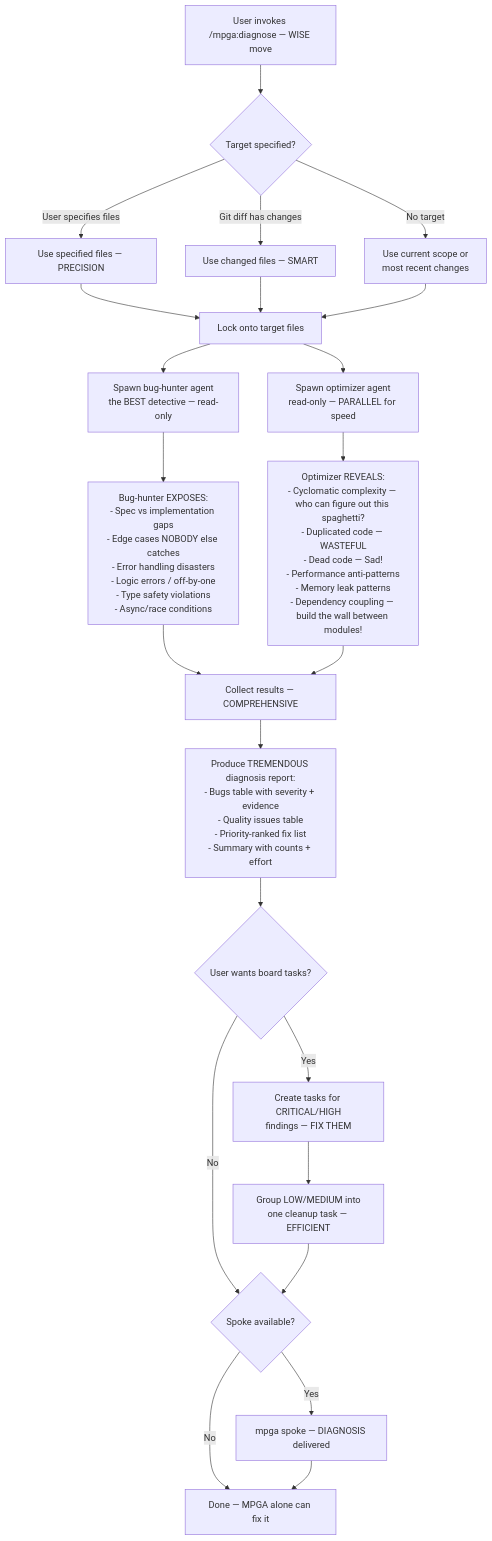
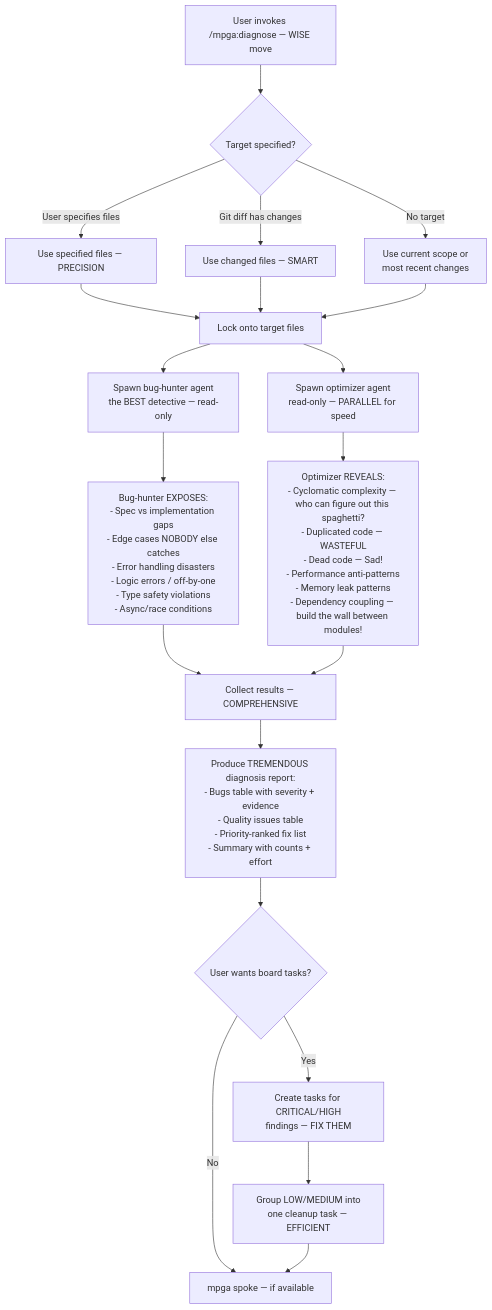
The diagram in docs/diagrams/skills/diagnose.md (benrben/MPGA), drawn with Mermaid before and after one commit. The commit also changed 73 other files, not shown here.

First line of the commit message:
refactor: standardize mpga spoke references across agents and skills

````diff
--- a/docs/diagrams/skills/diagnose.md
+++ b/docs/diagrams/skills/diagnose.md
@@ -5,32 +5,29 @@
 ```mermaid
 flowchart TD
     A[User invokes /mpga:diagnose — WISE move] --> B{Target specified?}
     B -->|User specifies files| C[Use specified files — PRECISION]
     B -->|Git diff has changes| D[Use changed files — SMART]
     B -->|No target| E[Use current scope or\nmost recent changes]
 
     C --> F[Lock onto target files]
     D --> F
     E --> F
 
     F --> G[Spawn bug-hunter agent\nthe BEST detective — read-only]
     F --> H[Spawn optimizer agent\nread-only — PARALLEL for speed]
 
     G --> I["Bug-hunter EXPOSES:\n- Spec vs implementation gaps\n- Edge cases NOBODY else catches\n- Error handling disasters\n- Logic errors / off-by-one\n- Type safety violations\n- Async/race conditions"]
 
     H --> J["Optimizer REVEALS:\n- Cyclomatic complexity — who can figure out this spaghetti?\n- Duplicated code — WASTEFUL\n- Dead code — Sad!\n- Performance anti-patterns\n- Memory leak patterns\n- Dependency coupling — build the wall between modules!"]
 
     I --> K[Collect results — COMPREHENSIVE]
     J --> K
 
     K --> L["Produce TREMENDOUS diagnosis report:\n- Bugs table with severity + evidence\n- Quality issues table\n- Priority-ranked fix list\n- Summary with counts + effort"]
 
     L --> M{User wants board tasks?}
     M -->|Yes| N[Create tasks for CRITICAL/HIGH\nfindings — FIX THEM]
     N --> O[Group LOW/MEDIUM into\none cleanup task — EFFICIENT]
-    M -->|No| P{Spoke available?}
+    M -->|No| P[mpga spoke — if available]
     O --> P
-    P -->|Yes| Q[mpga spoke — DIAGNOSIS delivered]
-    P -->|No| R[Done — MPGA alone can fix it]
-    Q --> R
 ```
````
